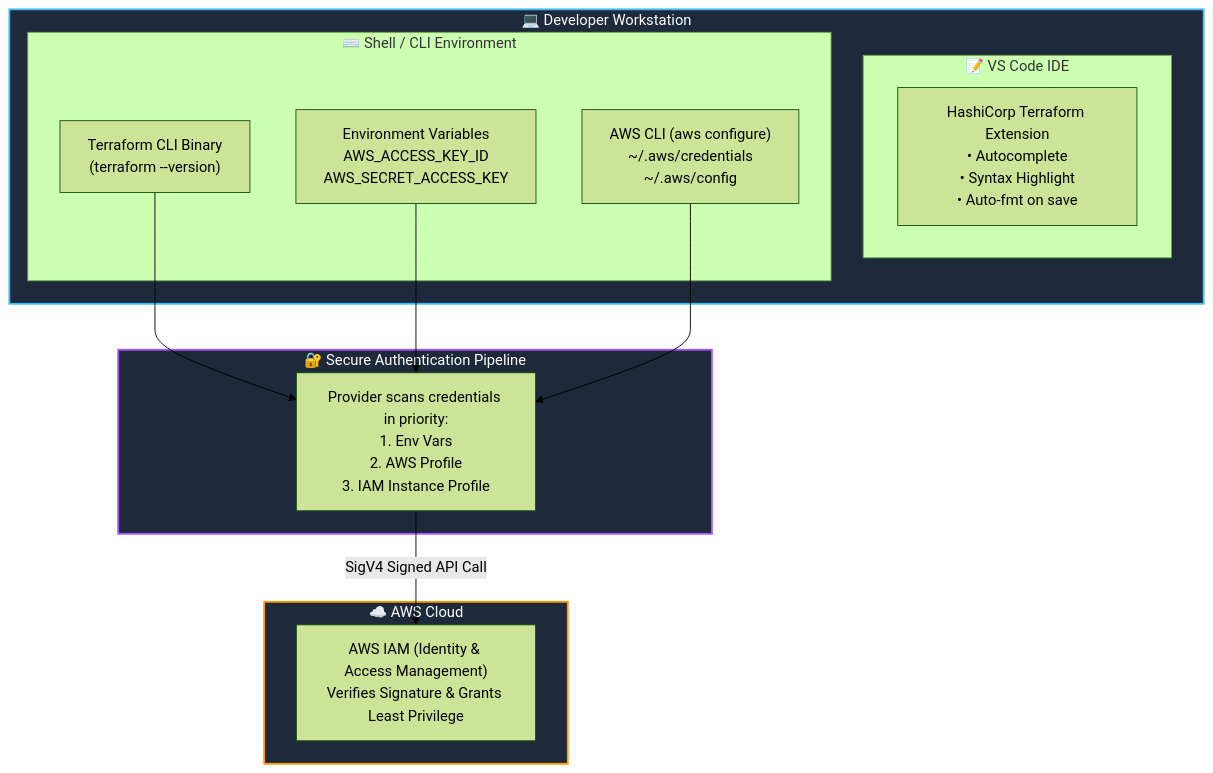
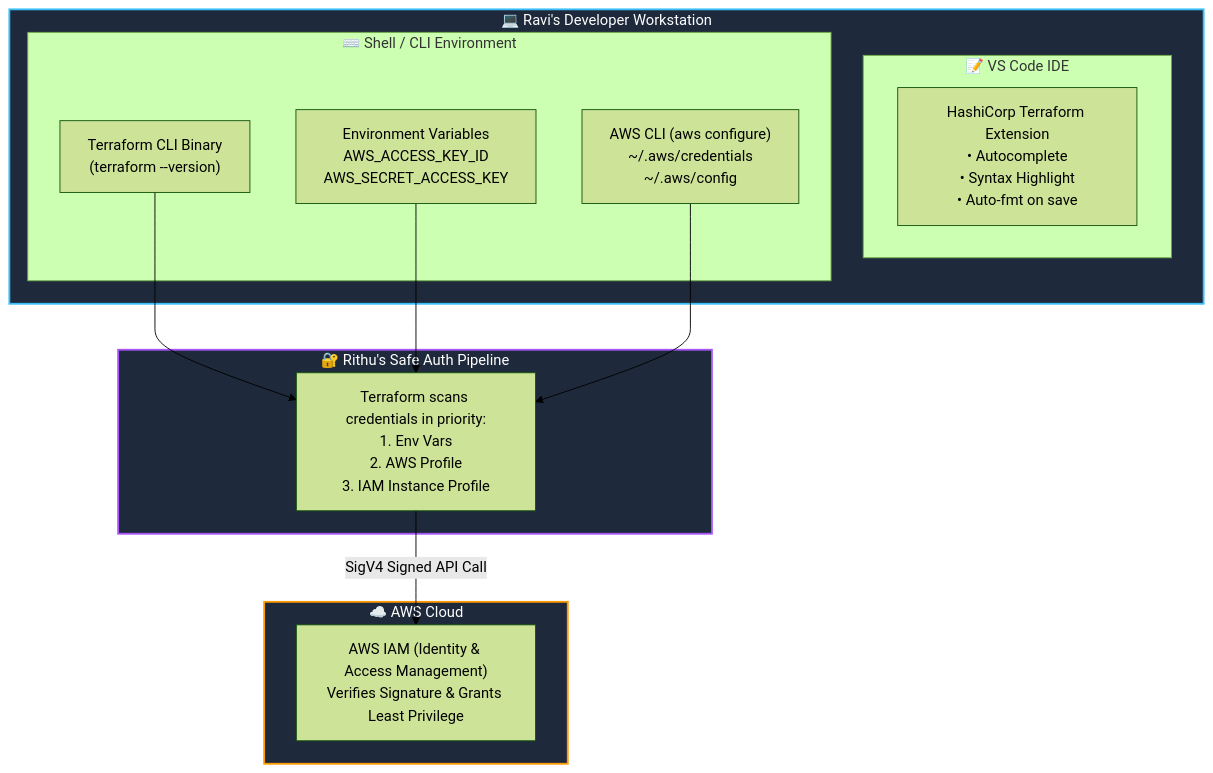
The diagram in 02-terraform-setup/README.md (agravi987/Learning-Terraform-For-DevOps), drawn with Mermaid (forest theme) before and after one commit. The commit also changed other lines of this file and 18 other files, not shown here.

Commit message:
docs: enrich curriculum with Mentor Rithu and Student Ravi interactive learning experience

````diff
--- a/02-terraform-setup/README.md
+++ b/02-terraform-setup/README.md
@@ -23,31 +27,31 @@
 ```mermaid
 flowchart TD
-    subgraph LocalMachine ["💻 Developer Workstation"]
+    subgraph RaviMachine ["💻 Ravi's Developer Workstation"]
         subgraph Editor ["📝 VS Code IDE"]
             HCL_EXT["HashiCorp Terraform Extension\n• Autocomplete\n• Syntax Highlight\n• Auto-fmt on save"]
         end
 
         subgraph Terminal ["⌨️ Shell / CLI Environment"]
             TF_CLI["Terraform CLI Binary\n(terraform --version)"]
             AWS_CLI["AWS CLI (aws configure)\n~/.aws/credentials\n~/.aws/config"]
             ENV_VARS["Environment Variables\nAWS_ACCESS_KEY_ID\nAWS_SECRET_ACCESS_KEY"]
         end
     end
 
-    subgraph AuthLayer ["🔐 Secure Authentication Pipeline"]
-        CHECK["Provider scans credentials in priority:\n1. Env Vars\n2. AWS Profile\n3. IAM Instance Profile"]
+    subgraph AuthLayer ["🔐 Rithu's Safe Auth Pipeline"]
+        CHECK["Terraform scans credentials in priority:\n1. Env Vars\n2. AWS Profile\n3. IAM Instance Profile"]
     end
 
     subgraph AWSCloud ["☁️ AWS Cloud"]
         IAM["AWS IAM (Identity & Access Management)\nVerifies Signature & Grants Least Privilege"]
     end
 
     TF_CLI --> CHECK
     ENV_VARS --> CHECK
     AWS_CLI --> CHECK
     CHECK -->|SigV4 Signed API Call| IAM
 
-    style LocalMachine fill:#1e293b,stroke:#38bdf8,stroke-width:2px,color:#fff
+    style RaviMachine fill:#1e293b,stroke:#38bdf8,stroke-width:2px,color:#fff
     style AuthLayer fill:#1e293b,stroke:#a855f7,stroke-width:2px,color:#fff
     style AWSCloud fill:#1e293b,stroke:#ff9900,stroke-width:2px,color:#fff
 ```
````
